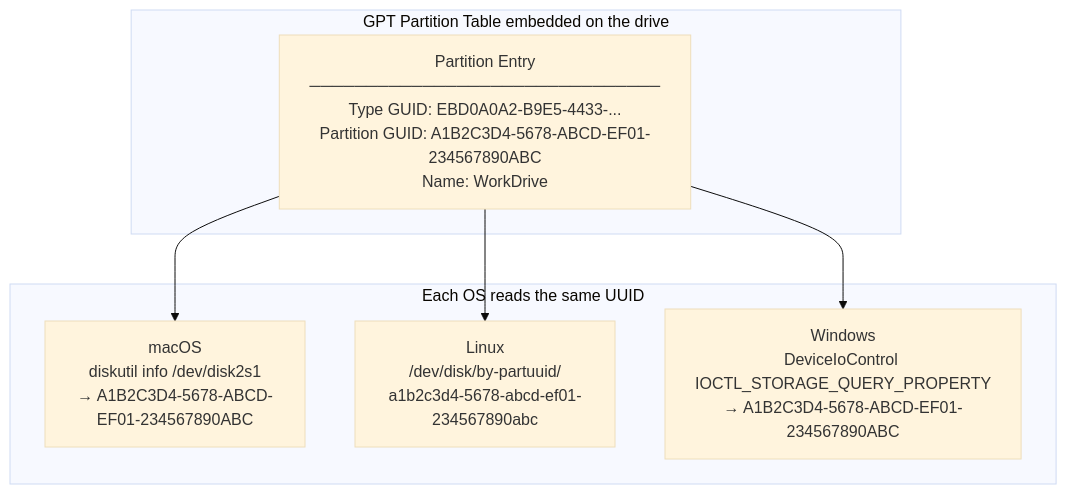
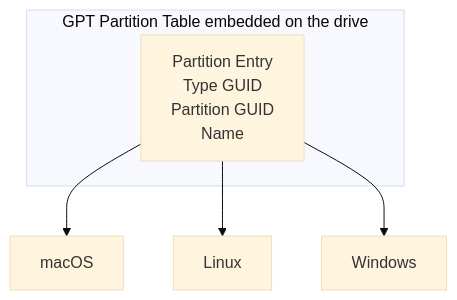
The third of 3 diagrams in _posts/2026-03-12-backing-up-portable-drives.md (Cloudstic/blog), drawn with Mermaid (base theme) before and after one commit. The commit also changed other lines of this file, not shown here.

Commit message:
fix inconsistencies in portable drive article

````diff
--- a/_posts/2026-03-12-backing-up-portable-drives.md
+++ b/_posts/2026-03-12-backing-up-portable-drives.md
@@ -133,16 +161,10 @@
 ```mermaid
 graph TD
     subgraph "GPT Partition Table embedded on the drive"
-        PT["Partition Entry\n───────────────────────────────\nType GUID: EBD0A0A2-B9E5-4433-...\nPartition GUID: A1B2C3D4-5678-ABCD-EF01-234567890ABC\nName: WorkDrive"]
+        PT["Partition Entry\nType GUID\nPartition GUID\nName"]
     end
 
-    subgraph "Each OS reads the same UUID"
-        Mac["macOS\ndiskutil info /dev/disk2s1\n→ A1B2C3D4-5678-ABCD-EF01-234567890ABC"]
-        Linux["Linux\n/dev/disk/by-partuuid/\na1b2c3d4-5678-abcd-ef01-234567890abc"]
-        Win["Windows\nDeviceIoControl IOCTL_STORAGE_QUERY_PROPERTY\n→ A1B2C3D4-5678-ABCD-EF01-234567890ABC"]
-    end
-
-    PT --> Mac
-    PT --> Linux
-    PT --> Win
+    PT --> Mac["macOS"]
+    PT --> Linux["Linux"]
+    PT --> Win["Windows"]
 ```
````
